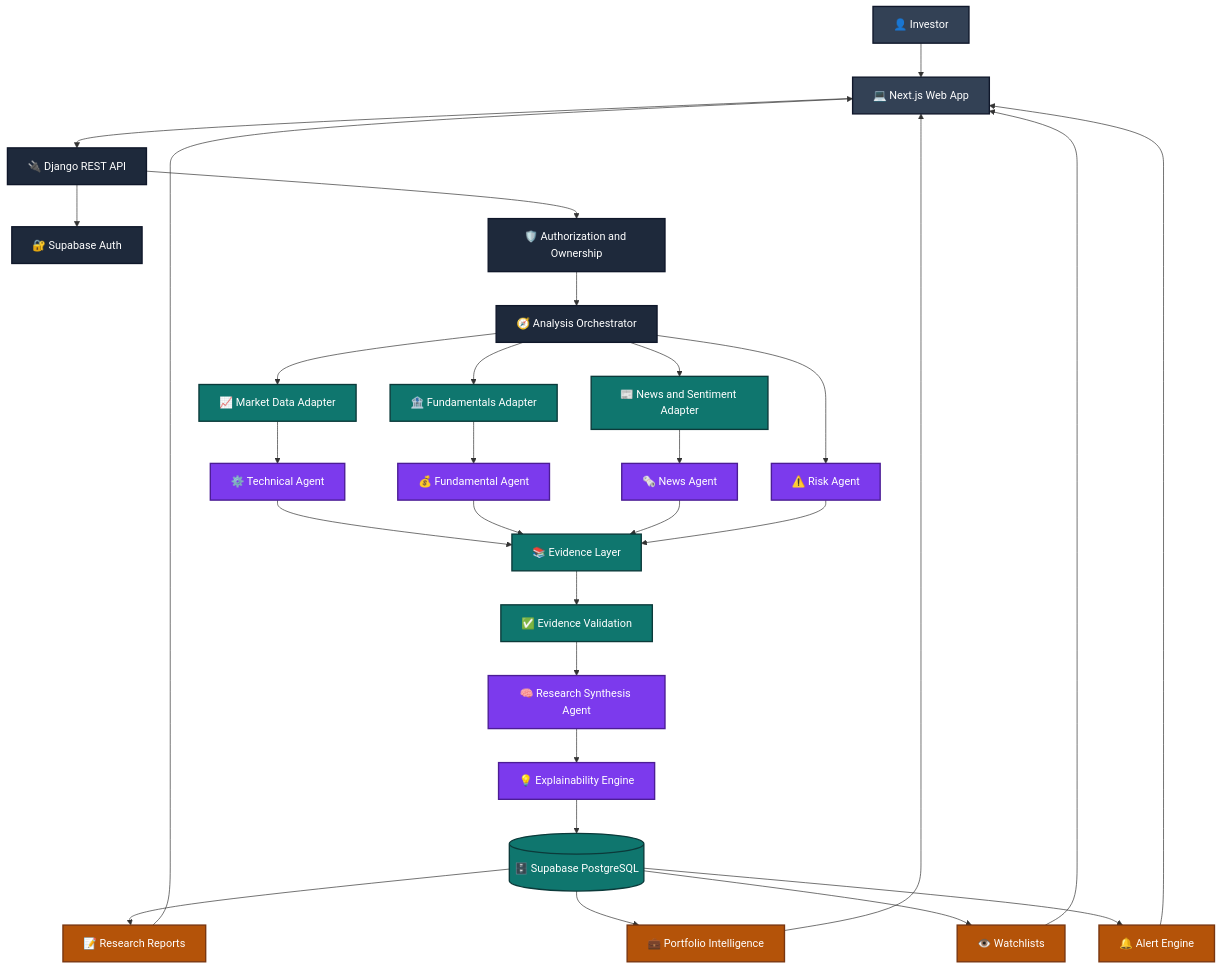
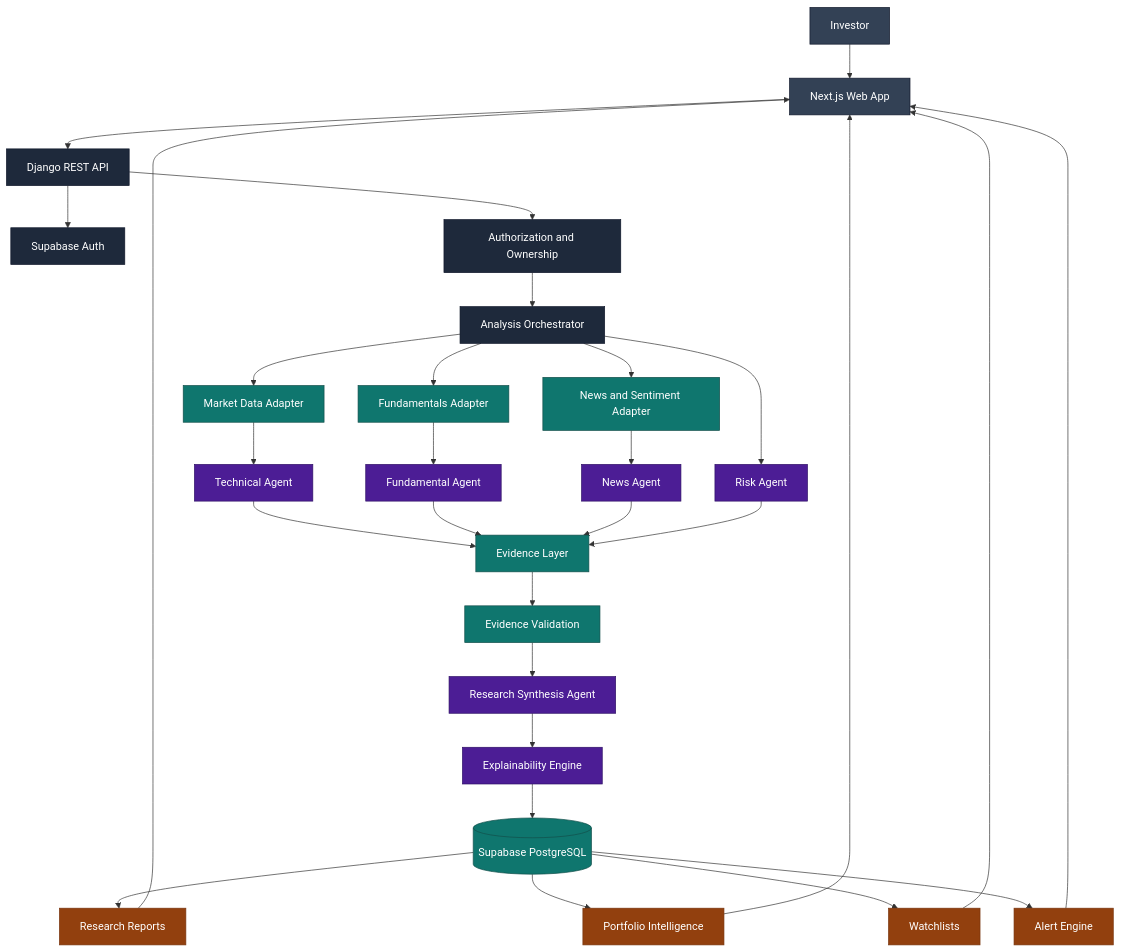
The third of 7 diagrams in README.md (bbhavya34/StockLens), drawn with Mermaid before and after one commit. The commit also changed other lines of this file, not shown here.

````diff
--- a/README.md
+++ b/README.md
@@ -153,51 +146,51 @@
 ```mermaid
 flowchart TB
-    U[👤 Investor] --> FE[💻 Next.js Web App]
-    FE --> API[🔌 Django REST API]
+    U[Investor] --> FE[Next.js Web App]
+    FE --> API[Django REST API]
 
-    API --> AUTH[🔐 Supabase Auth]
-    API --> ACL[🛡️ Authorization and Ownership]
+    API --> AUTH[Supabase Auth]
+    API --> ACL[Authorization and Ownership]
 
-    ACL --> ORCH[🧭 Analysis Orchestrator]
+    ACL --> ORCH[Analysis Orchestrator]
 
-    ORCH --> MD[📈 Market Data Adapter]
-    ORCH --> FUND[🏦 Fundamentals Adapter]
-    ORCH --> NEWS[📰 News and Sentiment Adapter]
+    ORCH --> MD[Market Data Adapter]
+    ORCH --> FUND[Fundamentals Adapter]
+    ORCH --> NEWS[News and Sentiment Adapter]
 
-    MD --> TECH[⚙️ Technical Agent]
-    FUND --> FA[💰 Fundamental Agent]
-    NEWS --> NA[🗞️ News Agent]
-    ORCH --> RISK[⚠️ Risk Agent]
+    MD --> TECH[Technical Agent]
+    FUND --> FA[Fundamental Agent]
+    NEWS --> NA[News Agent]
+    ORCH --> RISK[Risk Agent]
 
-    TECH --> EVIDENCE[📚 Evidence Layer]
+    TECH --> EVIDENCE[Evidence Layer]
     FA --> EVIDENCE
     NA --> EVIDENCE
     RISK --> EVIDENCE
 
-    EVIDENCE --> VALIDATE[✅ Evidence Validation]
-    VALIDATE --> SYNTH[🧠 Research Synthesis Agent]
-    SYNTH --> EXPLAIN[💡 Explainability Engine]
-    EXPLAIN --> DB[(🗄️ Supabase PostgreSQL)]
+    EVIDENCE --> VALIDATE[Evidence Validation]
+    VALIDATE --> SYNTH[Research Synthesis Agent]
+    SYNTH --> EXPLAIN[Explainability Engine]
+    EXPLAIN --> DB[(Supabase PostgreSQL)]
 
-    DB --> REPORTS[📝 Research Reports]
-    DB --> PORTFOLIO[💼 Portfolio Intelligence]
-    DB --> WATCHLIST[👁️ Watchlists]
-    DB --> ALERTS[🔔 Alert Engine]
+    DB --> REPORTS[Research Reports]
+    DB --> PORTFOLIO[Portfolio Intelligence]
+    DB --> WATCHLIST[Watchlists]
+    DB --> ALERTS[Alert Engine]
 
     REPORTS --> FE
     PORTFOLIO --> FE
     WATCHLIST --> FE
     ALERTS --> FE
 
-    classDef entry fill:#334155,stroke:#0F172A,color:#fff,stroke-width:2px
-    classDef core fill:#1E293B,stroke:#0F172A,color:#fff,stroke-width:2px
-    classDef agent fill:#7C3AED,stroke:#4C1D95,color:#fff,stroke-width:2px
-    classDef data fill:#0F766E,stroke:#0B3A3A,color:#fff,stroke-width:2px
-    classDef out fill:#B45309,stroke:#78350F,color:#fff,stroke-width:2px
+    classDef entry fill:#334155,stroke:#0F172A,color:#fff,stroke-width:1px
+    classDef core fill:#1E293B,stroke:#0F172A,color:#fff,stroke-width:1px
+    classDef agent fill:#4C1D95,stroke:#2E1065,color:#fff,stroke-width:1px
+    classDef data fill:#0F766E,stroke:#134E4A,color:#fff,stroke-width:1px
+    classDef out fill:#92400E,stroke:#78350F,color:#fff,stroke-width:1px
 
     class U,FE entry
     class API,AUTH,ACL,ORCH core
     class TECH,FA,NA,RISK,SYNTH,EXPLAIN agent
     class MD,FUND,NEWS,EVIDENCE,VALIDATE,DB data
     class REPORTS,PORTFOLIO,WATCHLIST,ALERTS out
 ```
````
